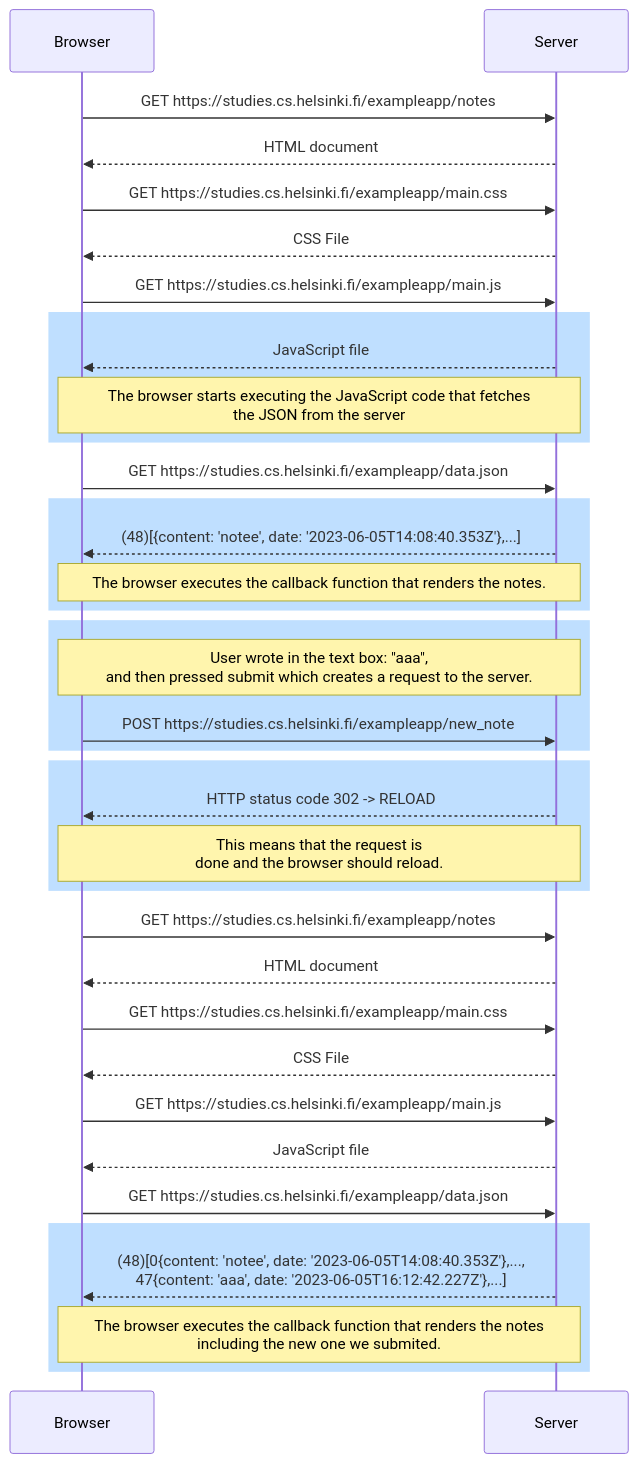
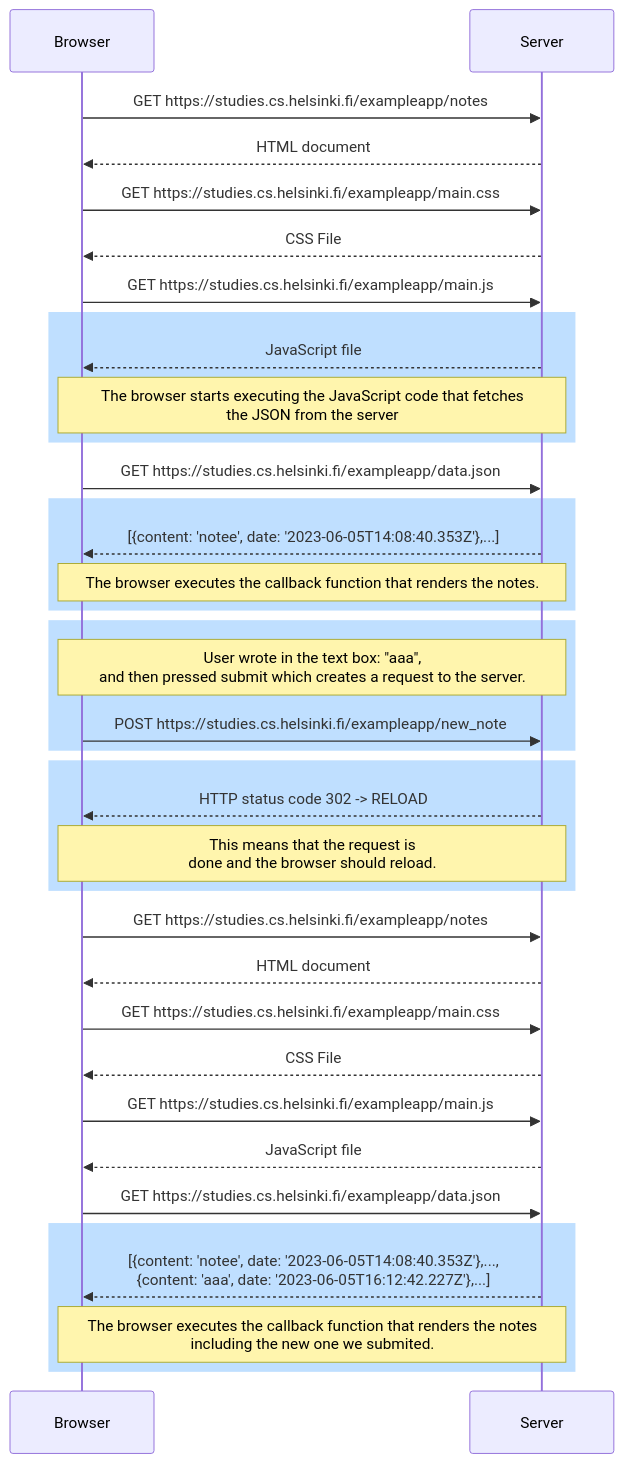
Before and after one commit to bgocap/0.4-New-note-diagram: the first of 3 diagrams in README.md, drawn with Mermaid. The commit also changed other lines of this file, not shown here.

````diff
--- a/README.md
+++ b/README.md
@@ -3,37 +3,37 @@
 ```mermaid
 sequenceDiagram
     Browser->>Server: GET https://studies.cs.helsinki.fi/exampleapp/notes
     Server-->>Browser: HTML document
     Browser->>Server: GET https://studies.cs.helsinki.fi/exampleapp/main.css
     Server-->>Browser:CSS File
     Browser->>Server:GET https://studies.cs.helsinki.fi/exampleapp/main.js
     rect rgb(191, 223, 255)
         Server-->>Browser:JavaScript file
         Note over Browser,Server: The browser starts executing the JavaScript code that fetches <br/>the JSON from the server
     end
     Browser->>Server:GET https://studies.cs.helsinki.fi/exampleapp/data.json
     rect rgb(191, 223, 255)
-        Server-->>Browser:(48)[{content: 'notee', date: '2023-06-05T14:08:40.353Z'},...]
+        Server-->>Browser:[{content: 'notee', date: '2023-06-05T14:08:40.353Z'},...]
         Note over Browser,Server: The browser executes the callback function that renders the notes.
     end
     rect rgb(191, 223, 255)
         Note over Browser,Server: User wrote in the text box: "aaa", <br/>and then pressed submit which creates a request to the server.
         Browser->>Server:POST https://studies.cs.helsinki.fi/exampleapp/new_note
     end
     rect rgb(191, 223, 255)
         Server-->>Browser:HTTP status code 302 -> RELOAD
         Note over Browser,Server: This means that the request is <br/>done and the browser should reload.
     end
     
     Browser->>Server:GET https://studies.cs.helsinki.fi/exampleapp/notes
     Server-->>Browser: HTML document
     Browser->>Server: GET https://studies.cs.helsinki.fi/exampleapp/main.css
     Server-->>Browser:CSS File
     Browser->>Server:GET https://studies.cs.helsinki.fi/exampleapp/main.js
     Server-->>Browser:JavaScript file
     Browser->>Server:GET https://studies.cs.helsinki.fi/exampleapp/data.json
     rect rgb(191, 223, 255)
-        Server-->>Browser:(48)[0{content: 'notee', date: '2023-06-05T14:08:40.353Z'},...,<br/>47{content: 'aaa', date: '2023-06-05T16:12:42.227Z'},...]
+        Server-->>Browser:[{content: 'notee', date: '2023-06-05T14:08:40.353Z'},...,<br/>{content: 'aaa', date: '2023-06-05T16:12:42.227Z'},...]
         Note over Browser,Server: The browser executes the callback function that renders the notes <br/> including the new one we submited.
     end
 ```
````
